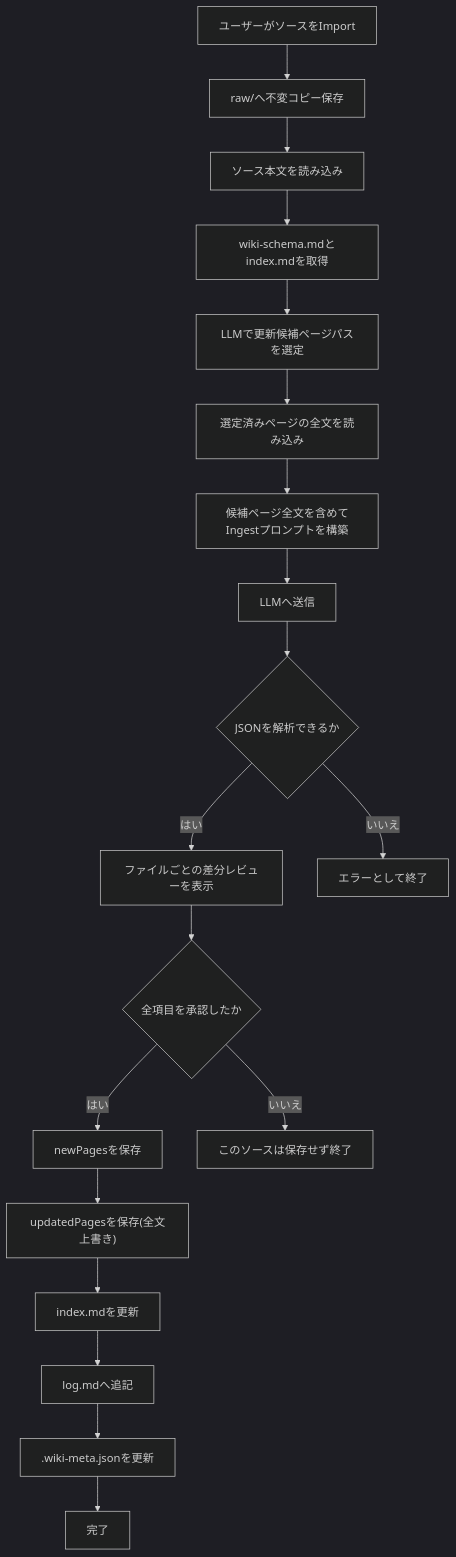
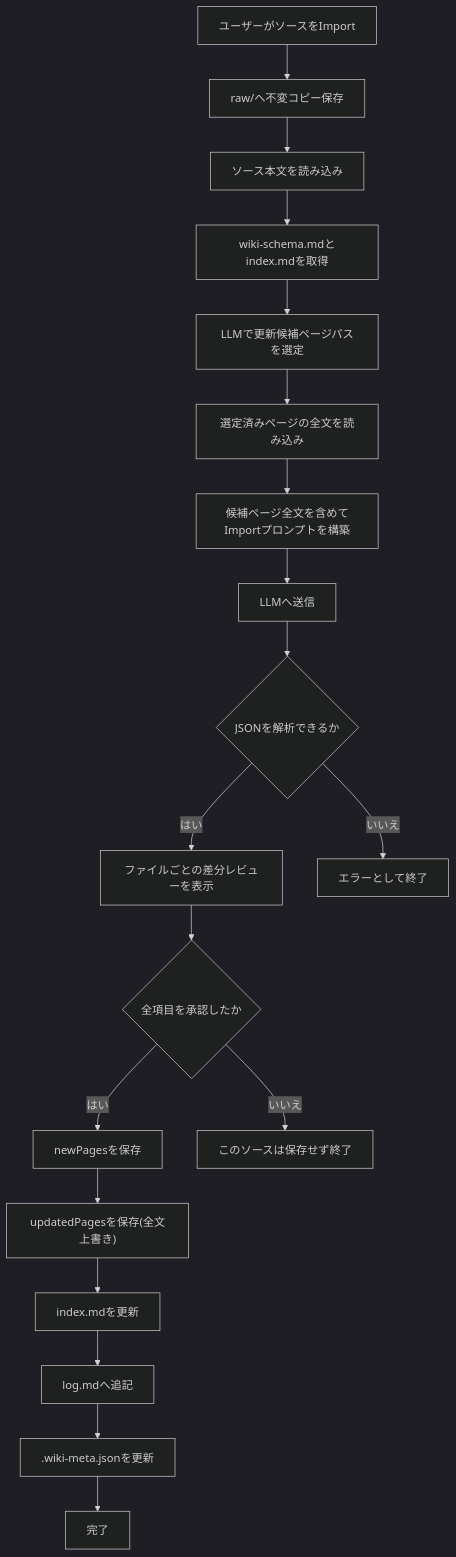
Before and after one commit to yt3trees/ProjectCurator: the second of 2 diagrams in docs/ai-features-ja.md, drawn with Mermaid (dark theme). The commit also changed other lines of this file and 4 other files, not shown here.

````diff
--- a/docs/ai-features-ja.md
+++ b/docs/ai-features-ja.md
@@ -175,41 +203,41 @@
 ```mermaid
 flowchart TD
     A["ユーザーがソースをImport"]
     B["raw/へ不変コピー保存"]
     C["ソース本文を読み込み"]
     D["wiki-schema.mdとindex.mdを取得"]
     E["LLMで更新候補ページパスを選定"]
     F["選定済みページの全文を読み込み"]
-    G["候補ページ全文を含めてIngestプロンプトを構築"]
+    G["候補ページ全文を含めてImportプロンプトを構築"]
     H["LLMへ送信"]
     I{"JSONを解析できるか"}
     J["ファイルごとの差分レビューを表示"]
     K{"全項目を承認したか"}
     L["newPagesを保存"]
     M["updatedPagesを保存(全文上書き)"]
     N["index.mdを更新"]
     O["log.mdへ追記"]
     P[".wiki-meta.jsonを更新"]
     Q["完了"]
     R["このソースは保存せず終了"]
     S["エラーとして終了"]
 
     A --> B
     B --> C
     C --> D
     D --> E
     E --> F
     F --> G
     G --> H
     H --> I
     I -->|"はい"| J
     J --> K
     K -->|"はい"| L
     L --> M
     M --> N
     N --> O
     O --> P
     P --> Q
     K -->|"いいえ"| R
     I -->|"いいえ"| S
 ```
````
